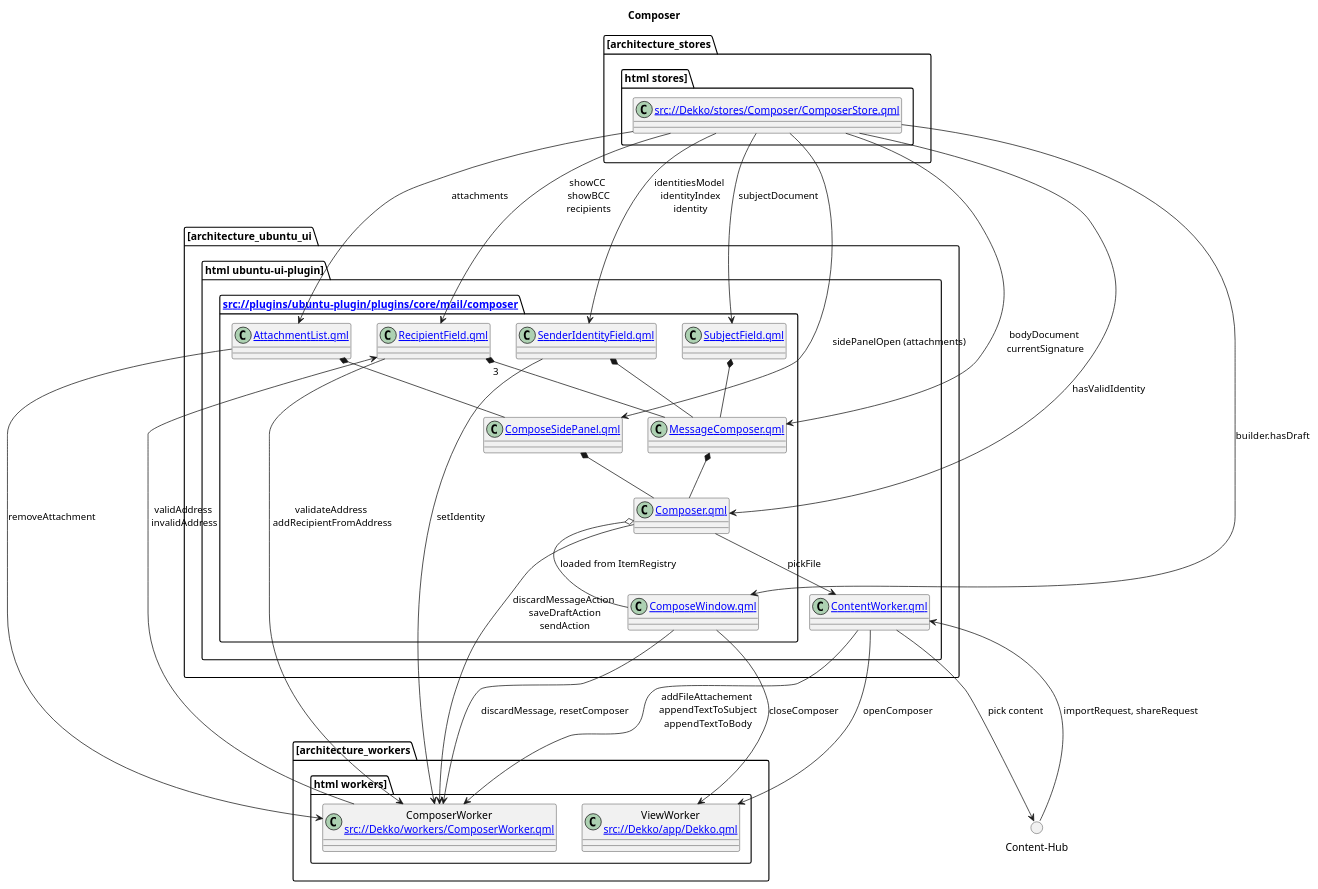
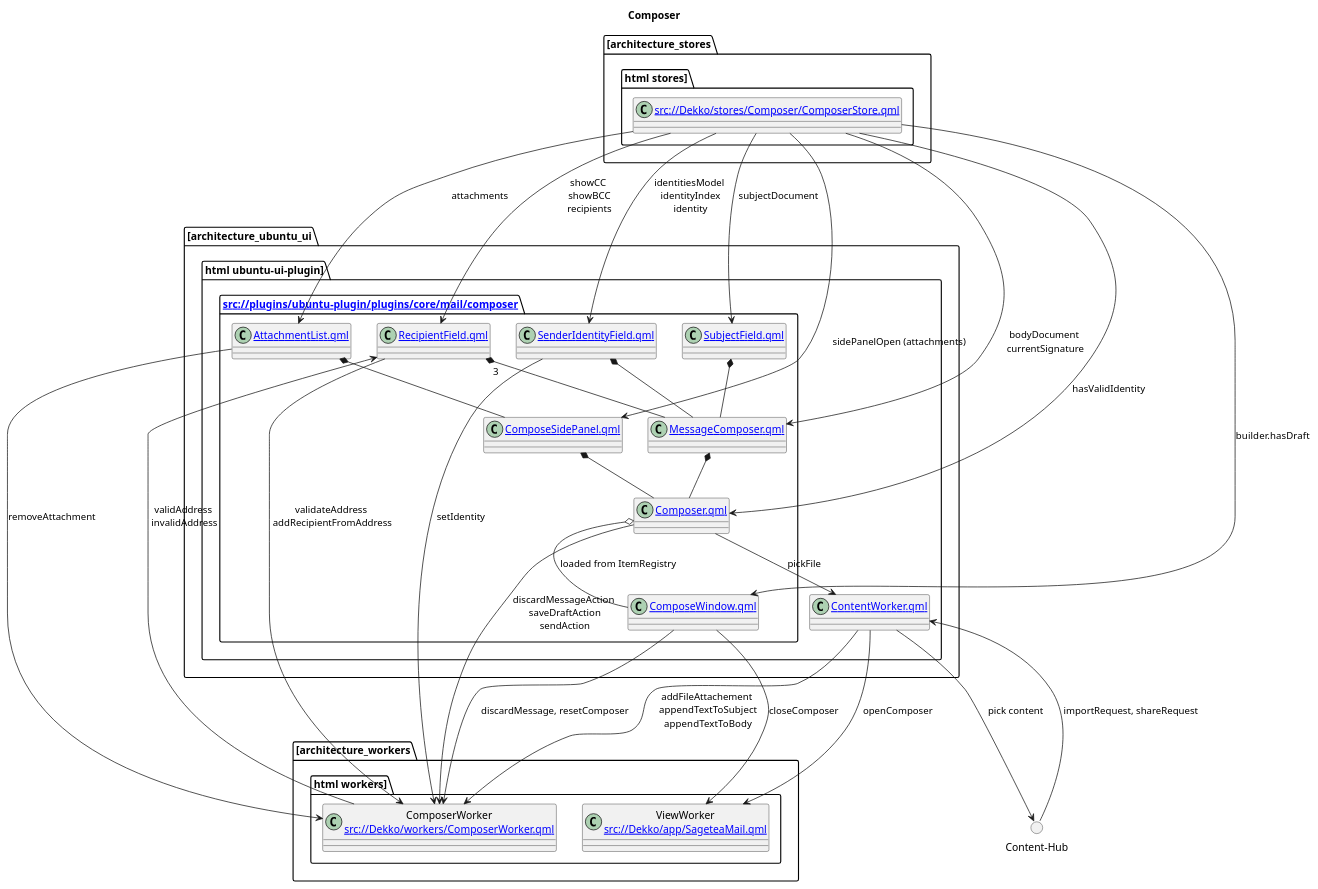
One commit to sageteadev/sageteamail changed the diagram in docs/arch_composer.md. Above: the diagram before and after it, drawn with PlantUML. The commit also changed 452 other files, not shown here.

```diff
--- a/docs/arch_composer.md
+++ b/docs/arch_composer.md
@@ -65,7 +65,7 @@
     class "ComposerWorker\n[[https://gitlab.com/dekkan/dekko/-/tree/master/Dekko/workers/ComposerWorker.qml src://Dekko/workers/ComposerWorker.qml]]" as composerworker {
     }
 
-    class "ViewWorker\n[[https://gitlab.com/dekkan/dekko/-/tree/master/Dekko/app/Dekko.qml src://Dekko/app/Dekko.qml]]" as viewworker {
+    class "ViewWorker\n[[https://gitlab.com/dekkan/dekko/-/tree/master/Dekko/app/SageteaMail.qml src://Dekko/app/SageteaMail.qml]]" as viewworker {
     }
 }
 
```
